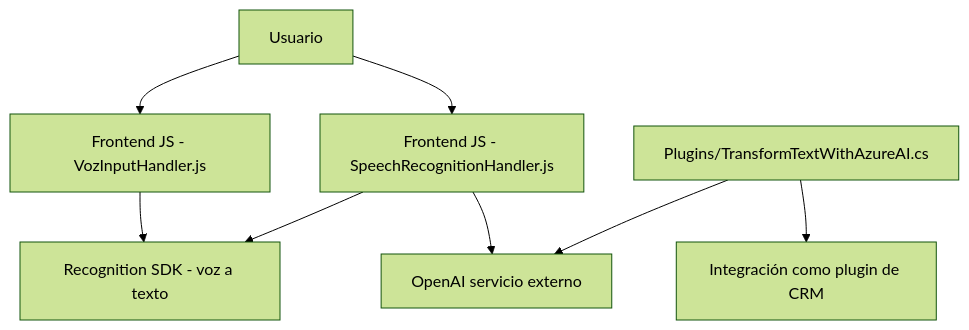
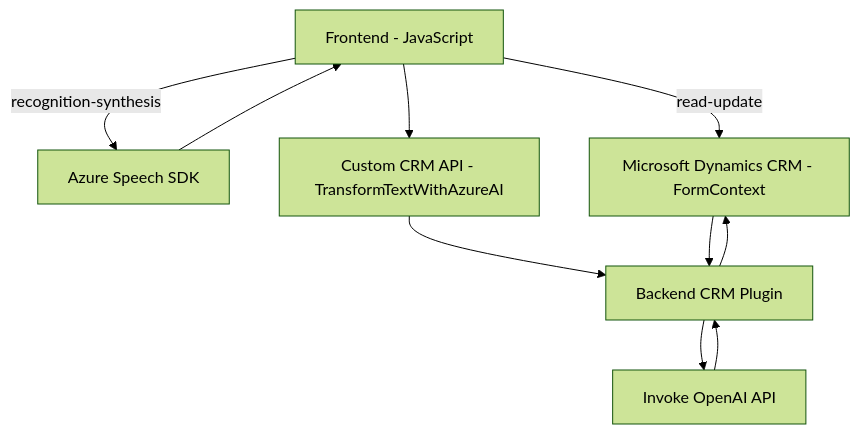
Before and after one commit to blopezdm/NETCORE_BILBAO2025: the diagram in README.md, drawn with Mermaid (forest theme). The commit also changed other lines of this file, not shown here.

````diff
--- a/README.md
+++ b/README.md
@@ -47,21 +48,19 @@
 ```mermaid
 graph TD
-    A["Usuario"]
-    B["Frontend JS - VozInputHandler.js"]
-    C["Frontend JS - SpeechRecognitionHandler.js"]
-    D["Plugins/TransformTextWithAzureAI.cs"]
-    E["Azure Speech SDK"]
-    F["Azure OpenAI"]
-    G["Dynamics CRM"]
+    A["Frontend - JavaScript"]
+    B["Azure Speech SDK"]
+    C["Microsoft Dynamics CRM - FormContext"]
+    D["Backend CRM Plugin"]
+    E["Azure OpenAI Service"]
+    F["Custom CRM API - TransformTextWithAzureAI"]
 
-    A --> B
-    A --> C
-    
-    B --> E["Synthesis SDK - texto a voz"]
-    C --> E["Recognition SDK - voz a texto"]
-    
-    C --> F["API personalizada IA"]
-    
-    D --> G["Integración como plugin de CRM"]
-    D --> F["OpenAI servicio externo"]
+    A --> |recognition-synthesis| B
+    A --> |read-update| C
+    A --> F
+    F --> D
+    D --> E["Invoke OpenAI API"]
+    E --> D
+    C --> D
+    D --> C
+    B --> A
 ```
````
